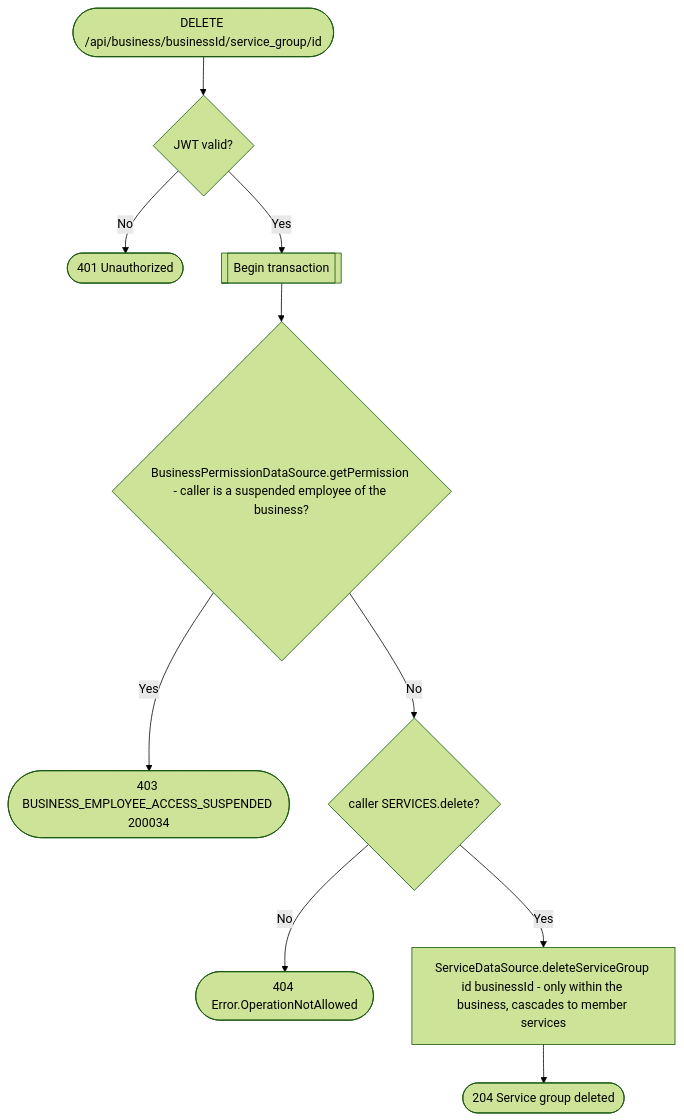
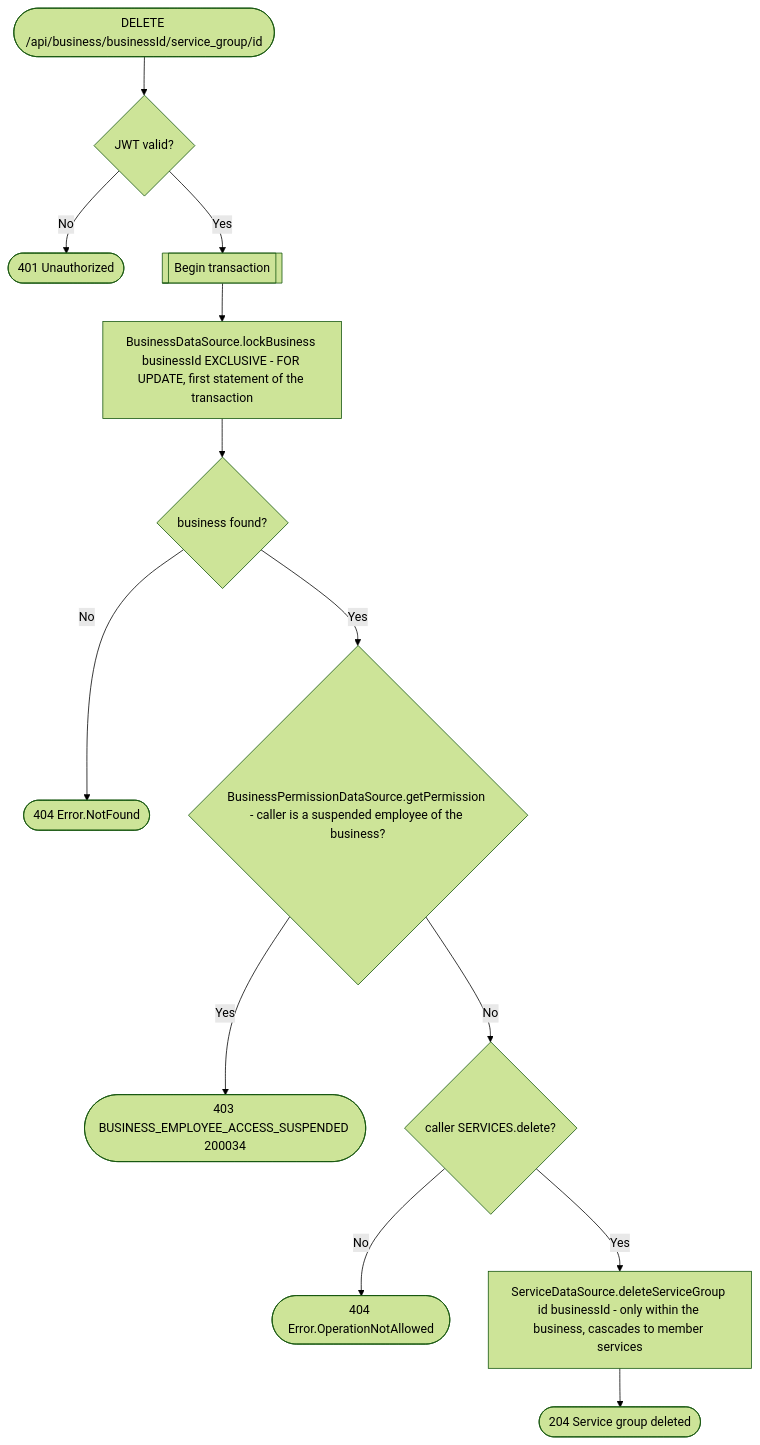
Before and after one commit to an22/bookk.me-backend: the diagram in docs/operations/business/delete-service-group.md, drawn with Mermaid (forest theme). The commit also changed other lines of this file and 24 other files, not shown here.

Commit message:
[ISSUE-84] business locks at the start of transaction

````diff
--- a/docs/operations/business/delete-service-group.md
+++ b/docs/operations/business/delete-service-group.md
@@ -15,12 +20,15 @@
 ```mermaid
 flowchart TD
     Start([DELETE /api/business/businessId/service_group/id]) --> Auth{JWT valid?}
     Auth -- No --> R401([401 Unauthorized])
     Auth -- Yes --> Tx[[Begin transaction]]
-    Tx --> Suspended{BusinessPermissionDataSource.getPermission - caller is a suspended employee of the business?}
+    Tx --> Lock[BusinessDataSource.lockBusiness businessId EXCLUSIVE - FOR UPDATE, first statement of the transaction]
+    Lock --> Found{business found?}
+    Found -- No --> R404nf([404 Error.NotFound])
+    Found -- Yes --> Suspended{BusinessPermissionDataSource.getPermission - caller is a suspended employee of the business?}
     Suspended -- Yes --> R403s([403 BUSINESS_EMPLOYEE_ACCESS_SUSPENDED 200034])
     Suspended -- No --> Perm{caller SERVICES.delete?}
     Perm -- No --> R404([404 Error.OperationNotAllowed])
     Perm -- Yes --> Delete[ServiceDataSource.deleteServiceGroup id businessId - only within the business, cascades to member services]
     Delete --> R204([204 Service group deleted])
 ```
````
